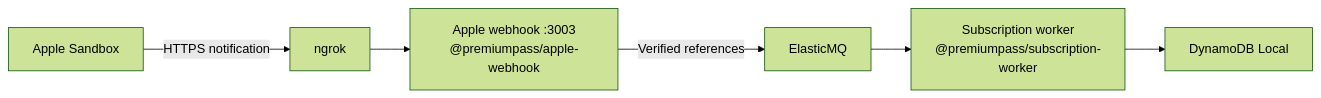
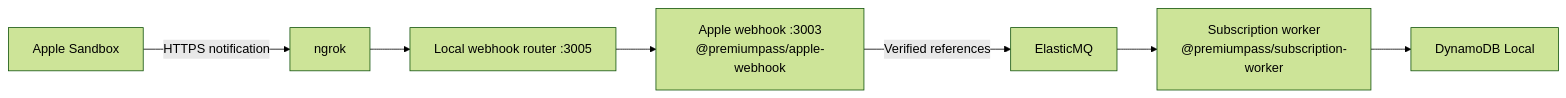
The fifth of 5 diagrams in docs/APPLE_PURCHASES.md (phillippbertram/subscription-consolidation-workshop), drawn with Mermaid (forest theme) before and after one commit. The commit also changed other lines of this file and 95 other files, not shown here.

````diff
--- a/docs/APPLE_PURCHASES.md
+++ b/docs/APPLE_PURCHASES.md
@@ -193,8 +232,9 @@
 ```mermaid
 flowchart LR
     Apple["Apple Sandbox"] -->|"HTTPS notification"| Tunnel["ngrok"]
-    Tunnel --> Ingress["Apple webhook :3003<br/>@premiumpass/apple-webhook"]
+    Tunnel --> Router["Local webhook router :3005"]
+    Router --> Ingress["Apple webhook :3003<br/>@premiumpass/apple-webhook"]
     Ingress -->|"Verified references"| Queue["ElasticMQ"]
     Queue --> Worker["Subscription worker<br/>@premiumpass/subscription-worker"]
     Worker --> DB["DynamoDB Local"]
 ```
````
